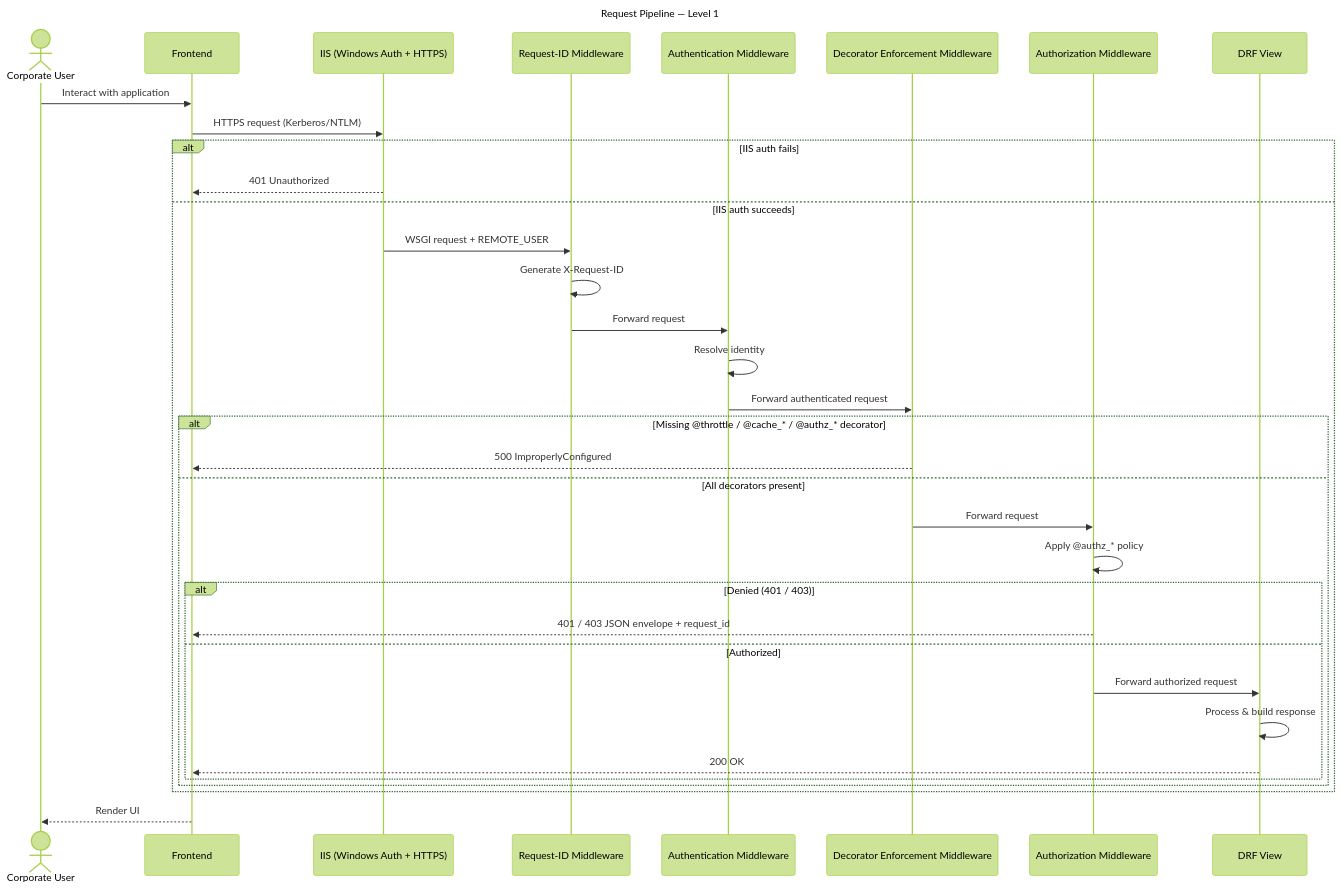
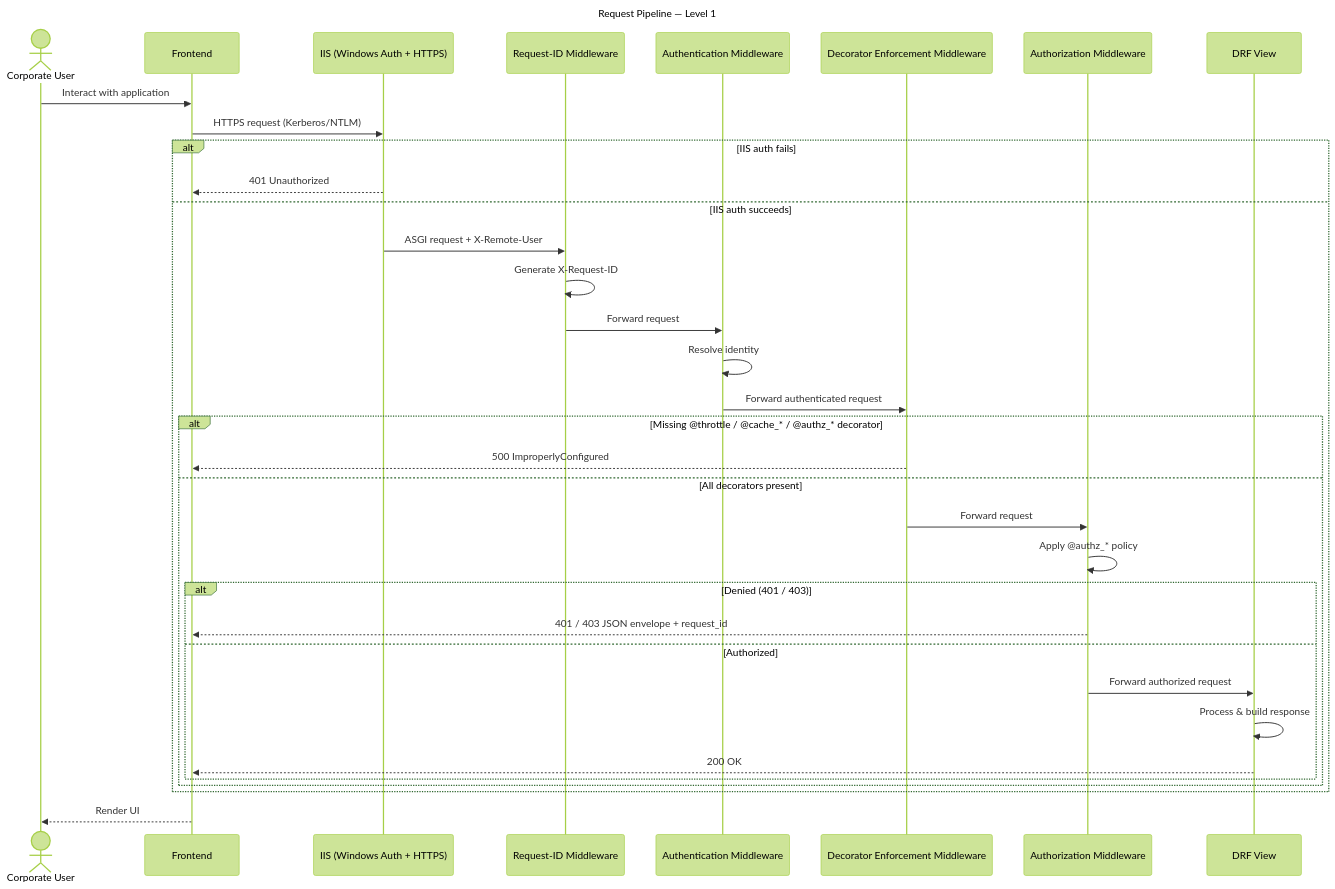
Before and after one commit to LewisCM14/django_auth: the sixth of 11 diagrams in docs/spec.md, drawn with Mermaid (forest theme). The commit also changed other lines of this file and 4 other files, not shown here.

````diff
--- a/docs/spec.md
+++ b/docs/spec.md
@@ -251,40 +253,40 @@
 ```mermaid
 ---
 title: Request Pipeline — Level 1
 ---
 sequenceDiagram
     actor User as Corporate User
     participant FE as Frontend
     participant IIS as IIS (Windows Auth + HTTPS)
     participant RID as Request-ID Middleware
     participant AuthN as Authentication Middleware
     participant Enforce as Decorator Enforcement Middleware
     participant AuthZ as Authorization Middleware
     participant View as DRF View
 
     User->>FE: Interact with application
     FE->>IIS: HTTPS request (Kerberos/NTLM)
     alt IIS auth fails
         IIS-->>FE: 401 Unauthorized
     else IIS auth succeeds
-        IIS->>RID: WSGI request + REMOTE_USER
+        IIS->>RID: ASGI request + X-Remote-User
         RID->>RID: Generate X-Request-ID
         RID->>AuthN: Forward request
         AuthN->>AuthN: Resolve identity
         AuthN->>Enforce: Forward authenticated request
         alt Missing @throttle / @cache_* / @authz_* decorator
             Enforce-->>FE: 500 ImproperlyConfigured
         else All decorators present
             Enforce->>AuthZ: Forward request
             AuthZ->>AuthZ: Apply @authz_* policy
             alt Denied (401 / 403)
                 AuthZ-->>FE: 401 / 403 JSON envelope + request_id
             else Authorized
                 AuthZ->>View: Forward authorized request
                 View->>View: Process & build response
                 View-->>FE: 200 OK
             end
         end
     end
     FE-->>User: Render UI
 ```
````
